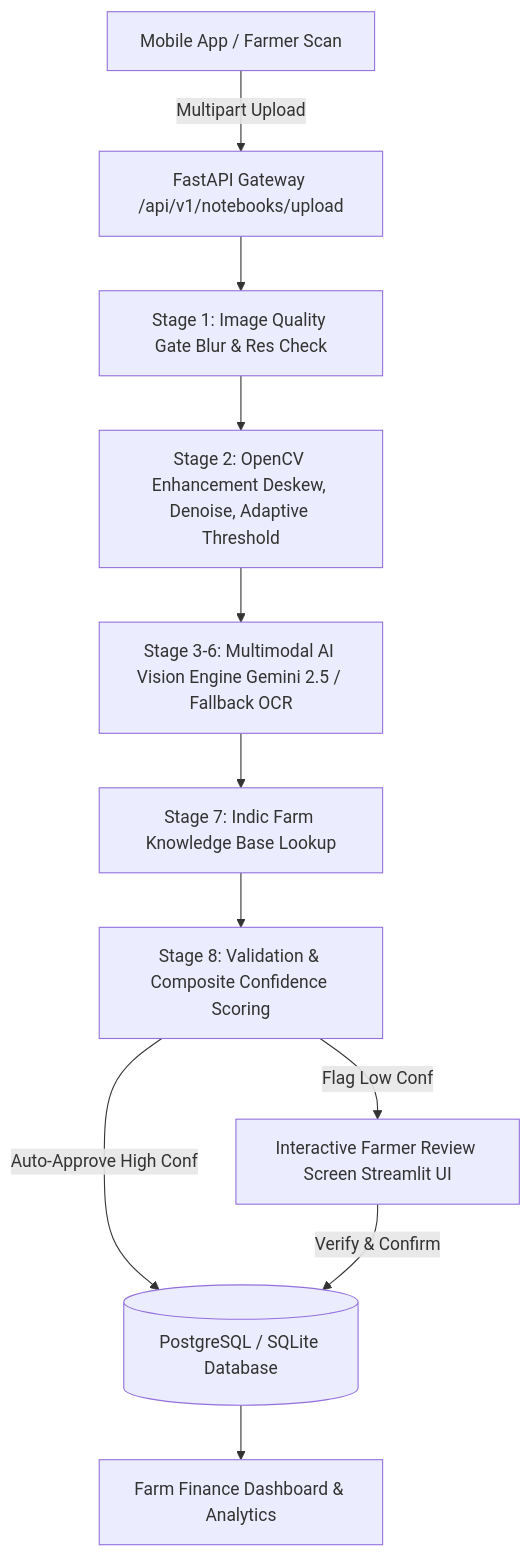
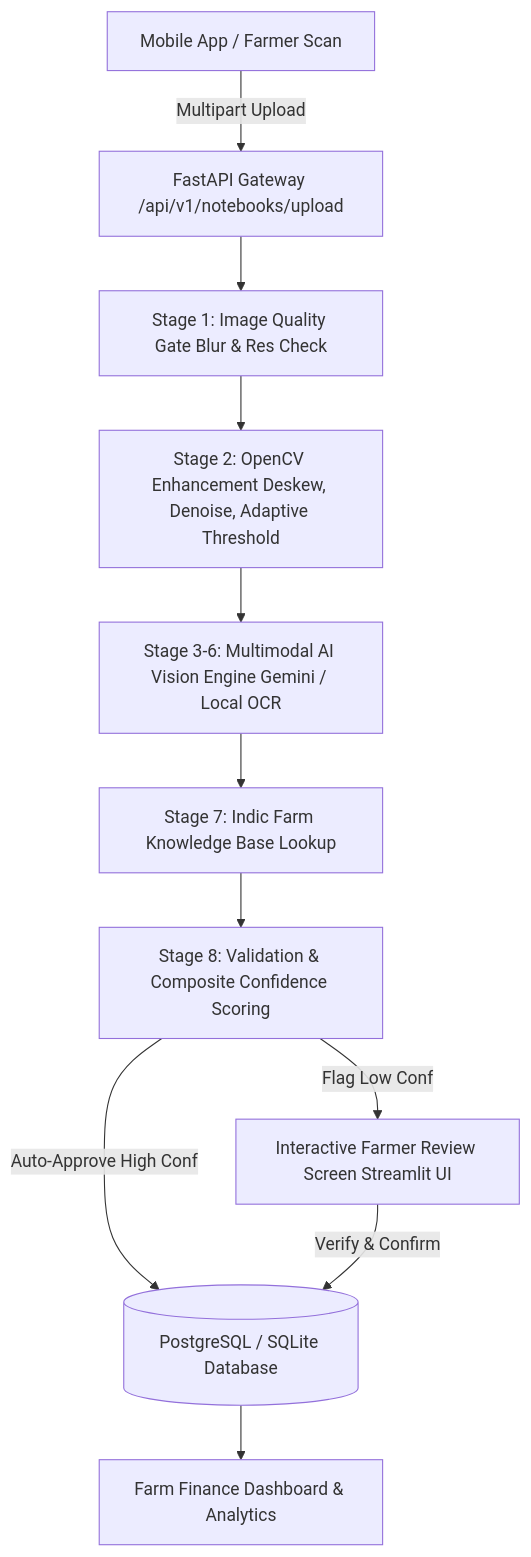
Before and after one commit to The-Harsh-Vardhan/Finance-OCR: the diagram in README.md, drawn with Mermaid. The commit also changed other lines of this file and 12 other files, not shown here.

````diff
--- a/README.md
+++ b/README.md
@@ -26,13 +26,13 @@
 ```mermaid
 flowchart TD
     A[Mobile App / Farmer Scan] -->|Multipart Upload| B[FastAPI Gateway /api/v1/notebooks/upload]
     B --> C[Stage 1: Image Quality Gate Blur & Res Check]
     C --> D[Stage 2: OpenCV Enhancement Deskew, Denoise, Adaptive Threshold]
-    D --> E[Stage 3-6: Multimodal AI Vision Engine Gemini 2.5 / Fallback OCR]
+    D --> E[Stage 3-6: Multimodal AI Vision Engine Gemini / Local OCR]
     E --> F[Stage 7: Indic Farm Knowledge Base Lookup]
     F --> G[Stage 8: Validation & Composite Confidence Scoring]
     G -->|Auto-Approve High Conf| H[(PostgreSQL / SQLite Database)]
     G -->|Flag Low Conf| I[Interactive Farmer Review Screen Streamlit UI]
     I -->|Verify & Confirm| H
     H --> J[Farm Finance Dashboard & Analytics]
 ```
````
